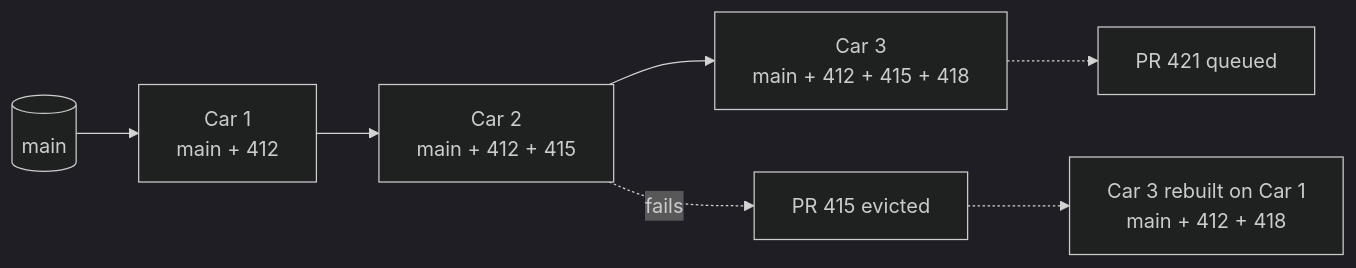
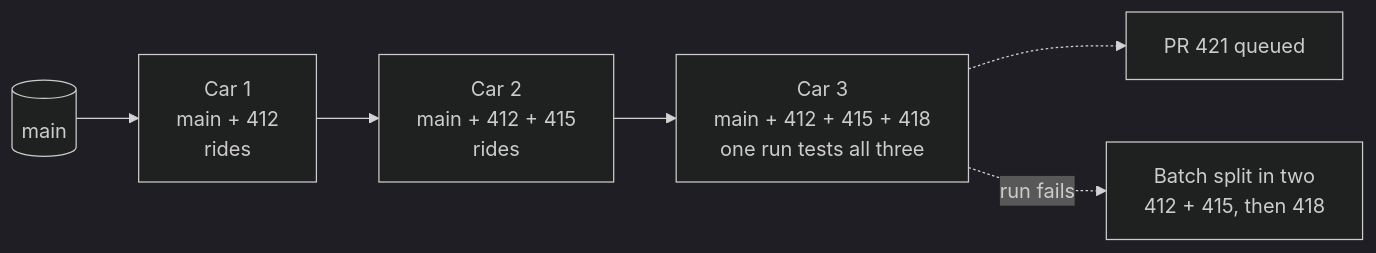
The third of 5 diagrams in pipelines/merge-train.mdx (ankraio/ankra-docs), drawn with Mermaid (dark theme) before and after one commit. The commit also changed other lines of this file and 2 other files, not shown here.

First line of the commit message:
docs(pipelines): the merge train takes stacked pull requests and tests a window as one batch (ankra-362328)

````diff
--- a/pipelines/merge-train.mdx
+++ b/pipelines/merge-train.mdx
@@ -94,10 +94,9 @@
 ```mermaid
 flowchart LR
-    Main[(main)] --> C1[Car 1<br/>main + 412]
-    C1 --> C2[Car 2<br/>main + 412 + 415]
-    C2 --> C3[Car 3<br/>main + 412 + 415 + 418]
+    Main[(main)] --> C1[Car 1<br/>main + 412<br/>rides]
+    C1 --> C2[Car 2<br/>main + 412 + 415<br/>rides]
+    C2 --> C3[Car 3<br/>main + 412 + 415 + 418<br/>one run tests all three]
     C3 -.-> Q[PR 421 queued]
 
-    C2 -. fails .-> E[PR 415 evicted]
-    E -.-> R[Car 3 rebuilt on Car 1<br/>main + 412 + 418]
+    C3 -. run fails .-> S[Batch split in two<br/>412 + 415, then 418]
 ```
````
